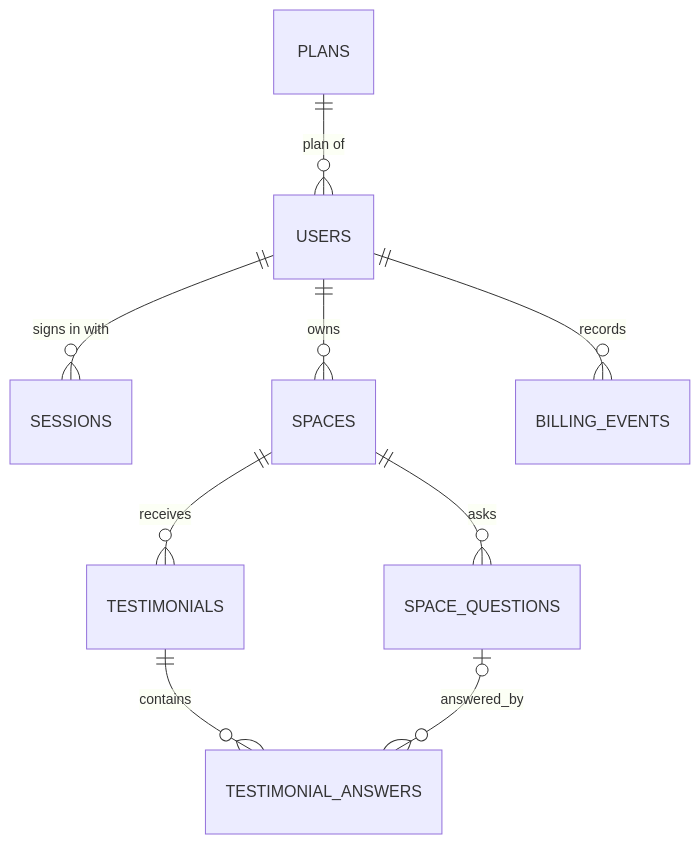
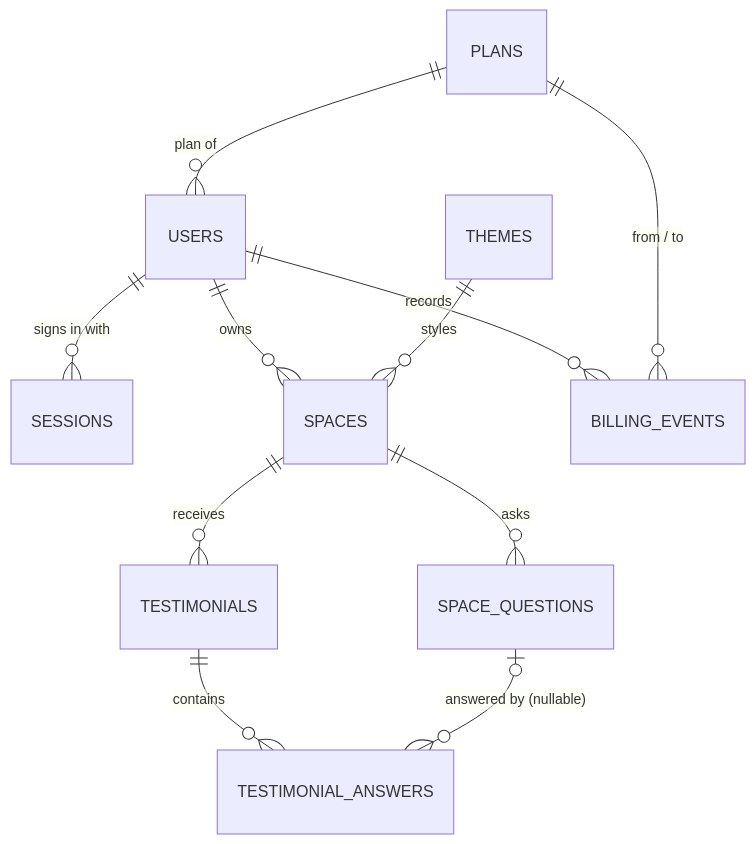
The diagram in docs/data-model.md (ashfiatabassum/Agentic_Project), drawn with Mermaid before and after one commit. The commit also changed other lines of this file and 3 other files, not shown here.

````diff
--- a/docs/data-model.md
+++ b/docs/data-model.md
@@ -5,11 +7,13 @@
 ```mermaid
 erDiagram
     PLANS ||--o{ USERS : "plan of"
     USERS ||--o{ SESSIONS : "signs in with"
     USERS ||--o{ SPACES : owns
     USERS ||--o{ BILLING_EVENTS : records
+    PLANS ||--o{ BILLING_EVENTS : "from / to"
+    THEMES ||--o{ SPACES : "styles"
     SPACES ||--o{ SPACE_QUESTIONS : asks
     SPACES ||--o{ TESTIMONIALS : receives
     TESTIMONIALS ||--o{ TESTIMONIAL_ANSWERS : contains
-    SPACE_QUESTIONS |o--o{ TESTIMONIAL_ANSWERS : answered_by
+    SPACE_QUESTIONS |o--o{ TESTIMONIAL_ANSWERS : "answered by (nullable)"
 ```
````
